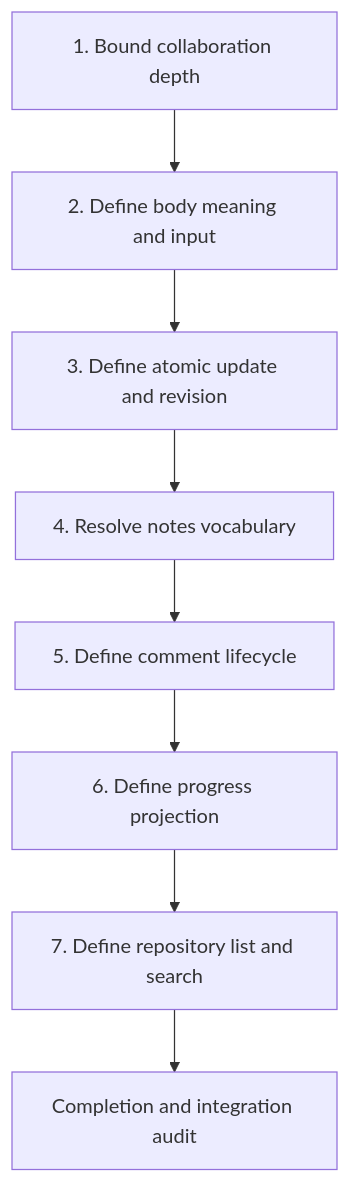
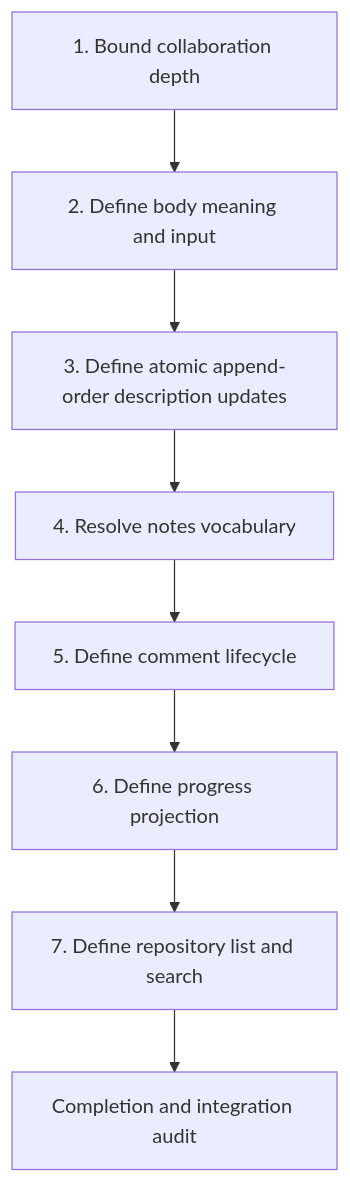
One commit to ScottArbeit/Grace changed the diagram in docs/Design concepts/Work-item coordination surface.md. Above: the diagram before and after it, drawn with Mermaid. The commit also changed other lines of this file and 56 other files, not shown here.

````diff
--- a/docs/Design concepts/Work-item coordination surface.md
+++ b/docs/Design concepts/Work-item coordination surface.md
@@ -28,10 +29,10 @@
 ```mermaid
 flowchart TD
     A["1. Bound collaboration depth"] --> B["2. Define body meaning and input"]
-    B --> C["3. Define atomic update and revision"]
+    B --> C["3. Define atomic append-order description updates"]
     C --> D["4. Resolve notes vocabulary"]
     D --> E["5. Define comment lifecycle"]
     E --> F["6. Define progress projection"]
     F --> G["7. Define repository list and search"]
     G --> H["Completion and integration audit"]
 ```
````
